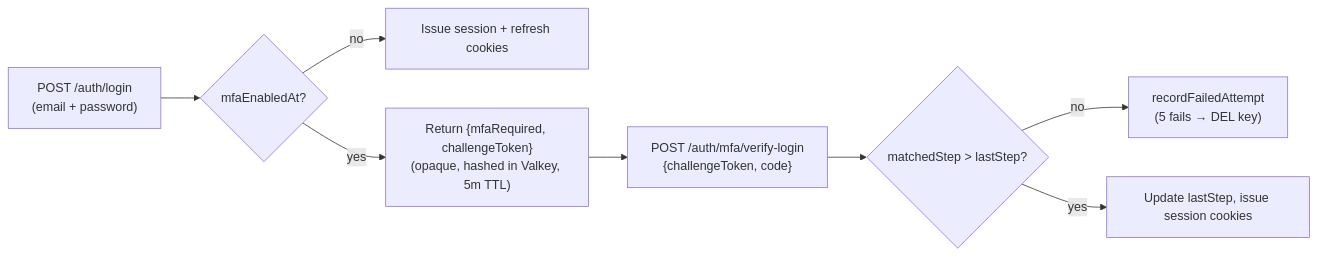
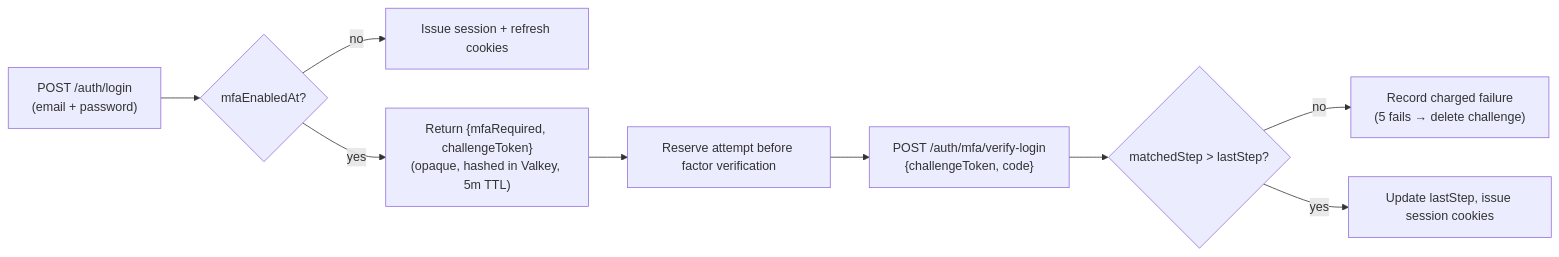
One commit to boringstack-xyz/boringstack changed the second of 2 diagrams in apps/docs/src/content/docs/api/mfa.mdx. Above: the diagram before and after it, drawn with Mermaid. The commit also changed other lines of this file and 138 other files, not shown here.

````diff
--- a/apps/docs/src/content/docs/api/mfa.mdx
+++ b/apps/docs/src/content/docs/api/mfa.mdx
@@ -43,10 +43,11 @@
 ```mermaid
 flowchart LR
   login["POST /auth/login<br/>(email + password)"] --> check{mfaEnabledAt?}
   check -- no --> session["Issue session + refresh cookies"]
   check -- yes --> challenge["Return {mfaRequired, challengeToken}<br/>(opaque, hashed in Valkey, 5m TTL)"]
-  challenge --> verify["POST /auth/mfa/verify-login<br/>{challengeToken, code}"]
+  challenge --> reserve["Reserve attempt before factor verification"]
+  reserve --> verify["POST /auth/mfa/verify-login<br/>{challengeToken, code}"]
   verify --> step{matchedStep > lastStep?}
-  step -- no --> rejected["recordFailedAttempt<br/>(5 fails → DEL key)"]
+  step -- no --> rejected["Record charged failure<br/>(5 fails → delete challenge)"]
   step -- yes --> issue["Update lastStep, issue session cookies"]
 ```
````
